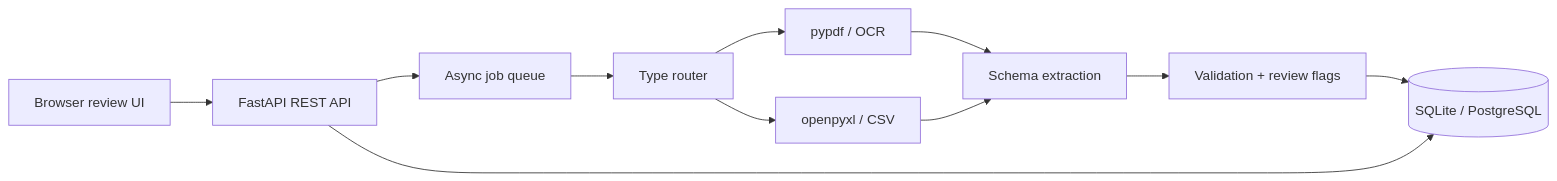
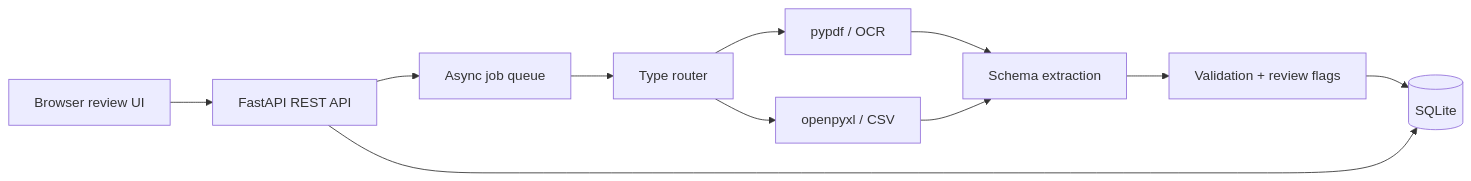
Before and after one commit to Zimam07/AI-Powered-Document-Intelligence-System: the diagram in ARCHITECTURE.md, drawn with Mermaid. The commit also changed other lines of this file and 22 other files, not shown here.

````diff
--- a/ARCHITECTURE.md
+++ b/ARCHITECTURE.md
@@ -3,13 +3,13 @@
 ```mermaid
 flowchart LR
   UI[Browser review UI] --> API[FastAPI REST API]
   API --> Q[Async job queue]
   Q --> P[Type router]
   P --> PDF[pypdf / OCR]
   P --> SHEET[openpyxl / CSV]
   PDF --> E[Schema extraction]
   SHEET --> E
   E --> V[Validation + review flags]
-  V --> DB[(SQLite / PostgreSQL)]
+  V --> DB[(SQLite)]
   API --> DB
 ```
````
